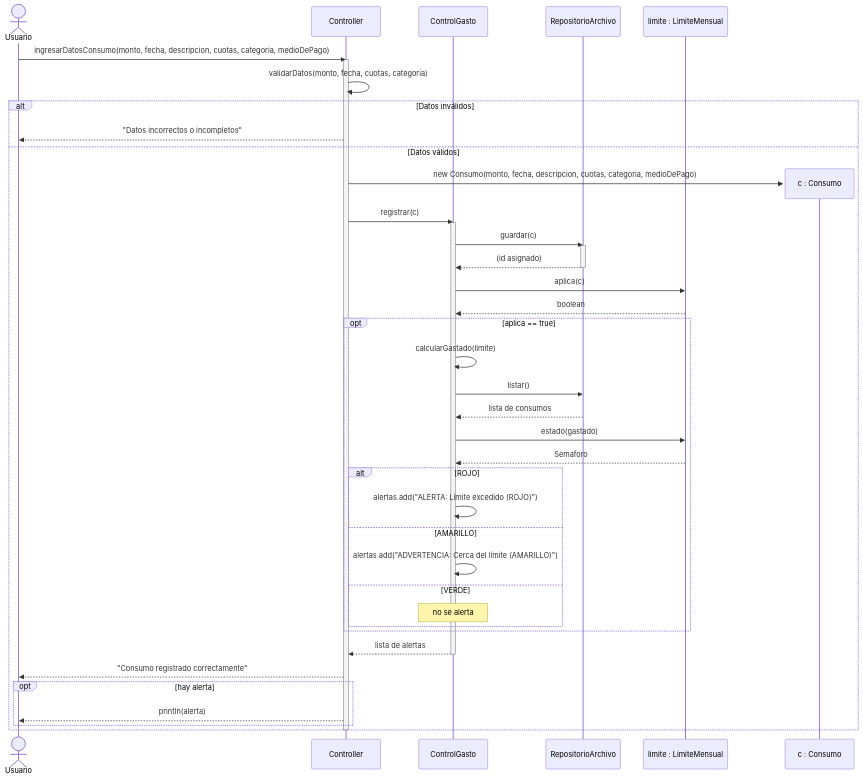
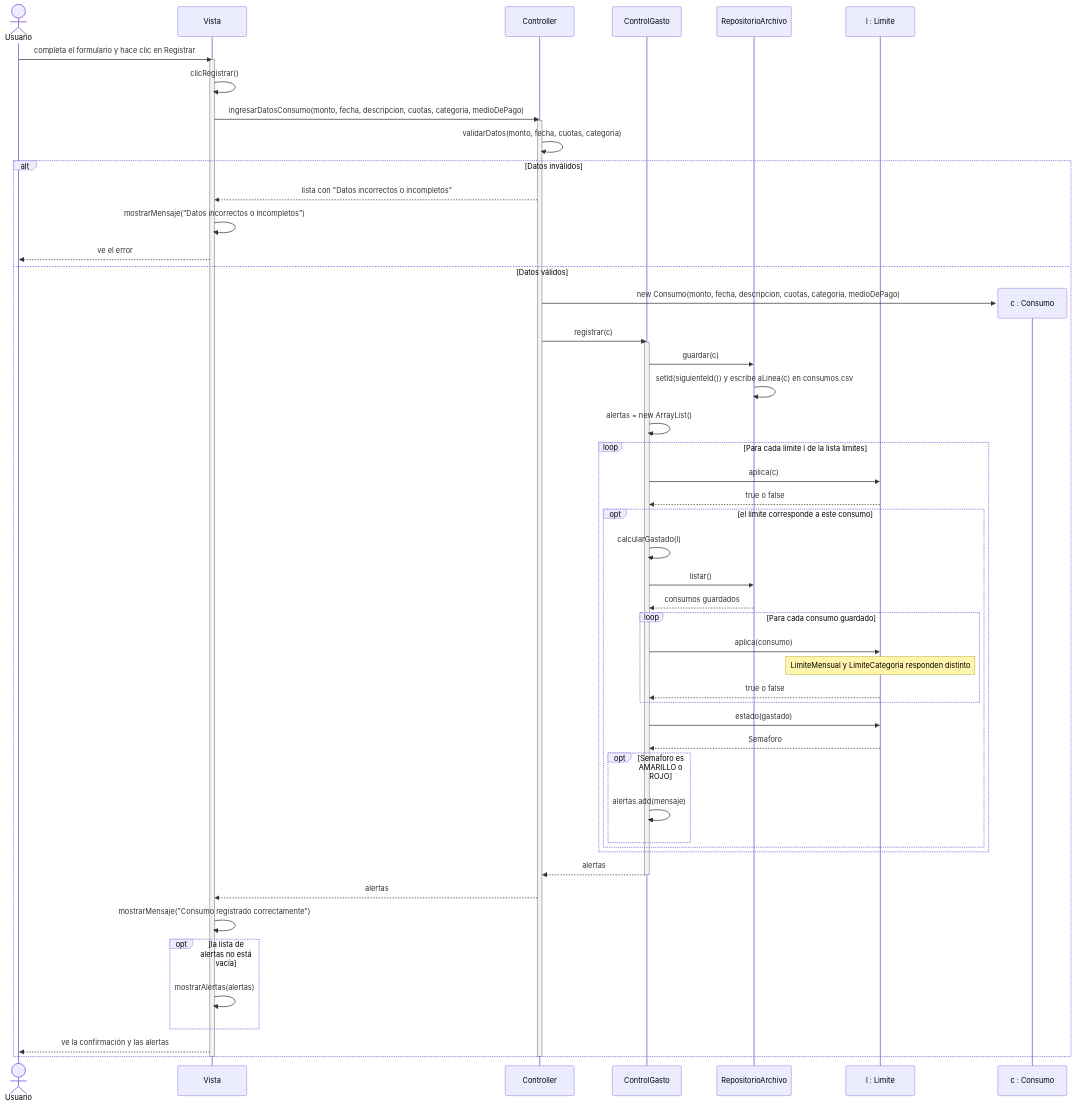
One commit to morenastolerman/Gestor-de-gastos changed the diagram in diagrama-de-secuencia1.md. Above: the diagram before and after it, drawn with Mermaid. The commit also changed other lines of this file, not shown here.

````diff
--- a/diagrama-de-secuencia1.md
+++ b/diagrama-de-secuencia1.md
@@ -1,58 +1,62 @@
 ```mermaid
 sequenceDiagram
     actor Usuario
-    participant Controller
-    participant ControlGasto
+    participant V as Vista
+    participant CT as Controller
+    participant CG as ControlGasto
     participant R as RepositorioArchivo
-    participant L as limite : LimiteMensual
+    participant L as l : Limite
 
-    Usuario->>Controller: ingresarDatosConsumo(monto, fecha, descripcion, cuotas, categoria, medioDePago)
-    activate Controller
-
-    Controller->>Controller: validarDatos(monto, fecha, cuotas, categoria)
+    Usuario->>V: completa el formulario y hace clic en Registrar
+    activate V
+    V->>V: clicRegistrar()
+    V->>CT: ingresarDatosConsumo(monto, fecha, descripcion, cuotas, categoria, medioDePago)
+    activate CT
+    CT->>CT: validarDatos(monto, fecha, cuotas, categoria)
 
     alt Datos inválidos
-        Controller-->>Usuario: "Datos incorrectos o incompletos"
+        CT-->>V: lista con "Datos incorrectos o incompletos"
+        V->>V: mostrarMensaje("Datos incorrectos o incompletos")
+        V-->>Usuario: ve el error
     else Datos válidos
         create participant C as c : Consumo
-        Controller->>C: new Consumo(monto, fecha, descripcion, cuotas, categoria, medioDePago)
+        CT->>C: new Consumo(monto, fecha, descripcion, cuotas, categoria, medioDePago)
 
-        Controller->>ControlGasto: registrar(c)
-        activate ControlGasto
+        CT->>CG: registrar(c)
+        activate CG
+        CG->>R: guardar(c)
+        R->>R: setId(siguienteId()) y escribe aLinea(c) en consumos.csv
+        CG->>CG: alertas = new ArrayList()
 
-        ControlGasto->>R: guardar(c)
-        activate R
-        R-->>ControlGasto: (id asignado)
-        deactivate R
-
-        ControlGasto->>L: aplica(c)
-        L-->>ControlGasto: boolean
-
-        opt aplica == true
-            ControlGasto->>ControlGasto: calcularGastado(limite)
-            ControlGasto->>R: listar()
-            R-->>ControlGasto: lista de consumos
-
-            ControlGasto->>L: estado(gastado)
-            L-->>ControlGasto: Semaforo
-
-            alt ROJO
-                ControlGasto->>ControlGasto: alertas.add("ALERTA: Límite excedido (ROJO)")
-            else AMARILLO
-                ControlGasto->>ControlGasto: alertas.add("ADVERTENCIA: Cerca del límite (AMARILLO)")
-            else VERDE
-                Note over ControlGasto: no se alerta
+        loop Para cada límite l de la lista limites
+            CG->>L: aplica(c)
+            L-->>CG: true o false
+            opt el límite corresponde a este consumo
+                CG->>CG: calcularGastado(l)
+                CG->>R: listar()
+                R-->>CG: consumos guardados
+                loop Para cada consumo guardado
+                    CG->>L: aplica(consumo)
+                    Note over L: LimiteMensual y LimiteCategoria responden distinto 
+                    L-->>CG: true o false
+                end
+                CG->>L: estado(gastado)
+                L-->>CG: Semaforo
+                opt Semaforo es AMARILLO o ROJO
+                    CG->>CG: alertas.add(mensaje)
+                end
             end
         end
 
-        ControlGasto-->>Controller: lista de alertas
-        deactivate ControlGasto
-
-        Controller-->>Usuario: "Consumo registrado correctamente"
-        opt hay alerta
-            Controller-->>Usuario: println(alerta)
+        CG-->>CT: alertas
+        deactivate CG
+        CT-->>V: alertas
+        V->>V: mostrarMensaje("Consumo registrado correctamente")
+        opt la lista de alertas no está vacía
+            V->>V: mostrarAlertas(alertas)
         end
+        V-->>Usuario: ve la confirmación y las alertas
     end
-    deactivate Controller
-
+    deactivate CT
+    deactivate V
 ```
````
